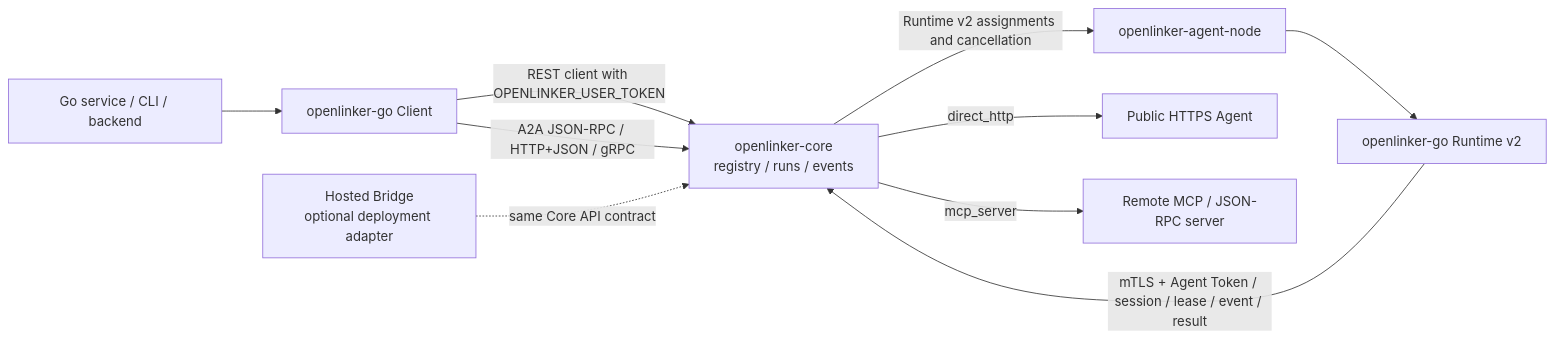
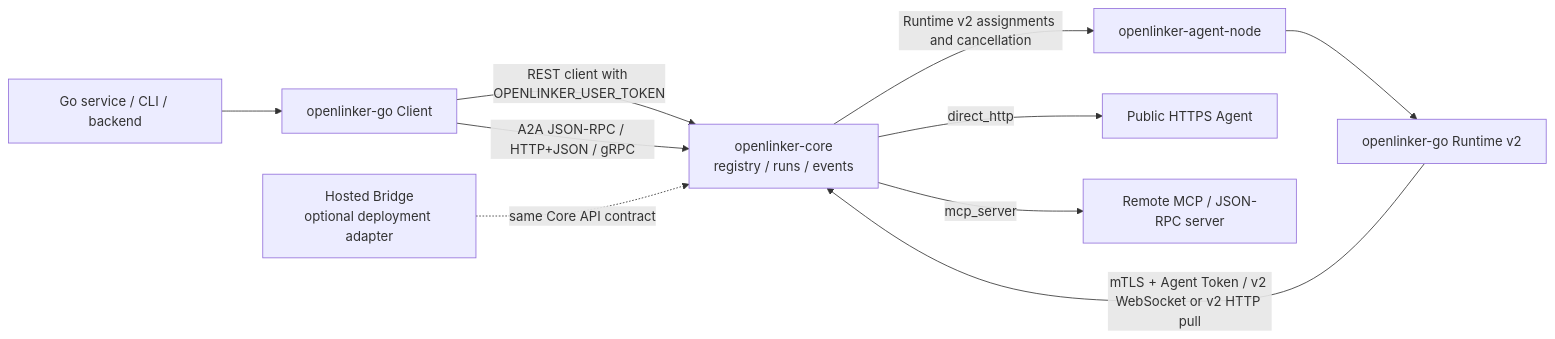
One commit to OpenLinker-ai/openlinker-go changed the diagram in README.md. Above: the diagram before and after it, drawn with Mermaid. The commit also changed other lines of this file and 7 other files, not shown here.

Commit message:
feat(runtime): restore strict v2 WebSocket transport

````diff
--- a/README.md
+++ b/README.md
@@ -32,14 +32,14 @@
 ```mermaid
 flowchart LR
   Service["Go service / CLI / backend"] --> ClientSDK["openlinker-go Client"]
   ClientSDK -->|"REST client with OPENLINKER_USER_TOKEN"| Core["openlinker-core<br/>registry / runs / events"]
   ClientSDK -->|"A2A JSON-RPC / HTTP+JSON / gRPC"| Core
   AgentNode["openlinker-agent-node"] --> RuntimeSDK["openlinker-go Runtime v2"]
-  RuntimeSDK -->|"mTLS + Agent Token / session / lease / event / result"| Core
+  RuntimeSDK -->|"mTLS + Agent Token / v2 WebSocket or v2 HTTP pull"| Core
 
   HostedBridge["Hosted Bridge<br/>optional deployment adapter"] -.->|"same Core API contract"| Core
 
   Core -->|"direct_http"| HTTPAgent["Public HTTPS Agent"]
   Core -->|"mcp_server"| MCPAgent["Remote MCP / JSON-RPC server"]
   Core -->|"Runtime v2 assignments and cancellation"| AgentNode
 ```
````
